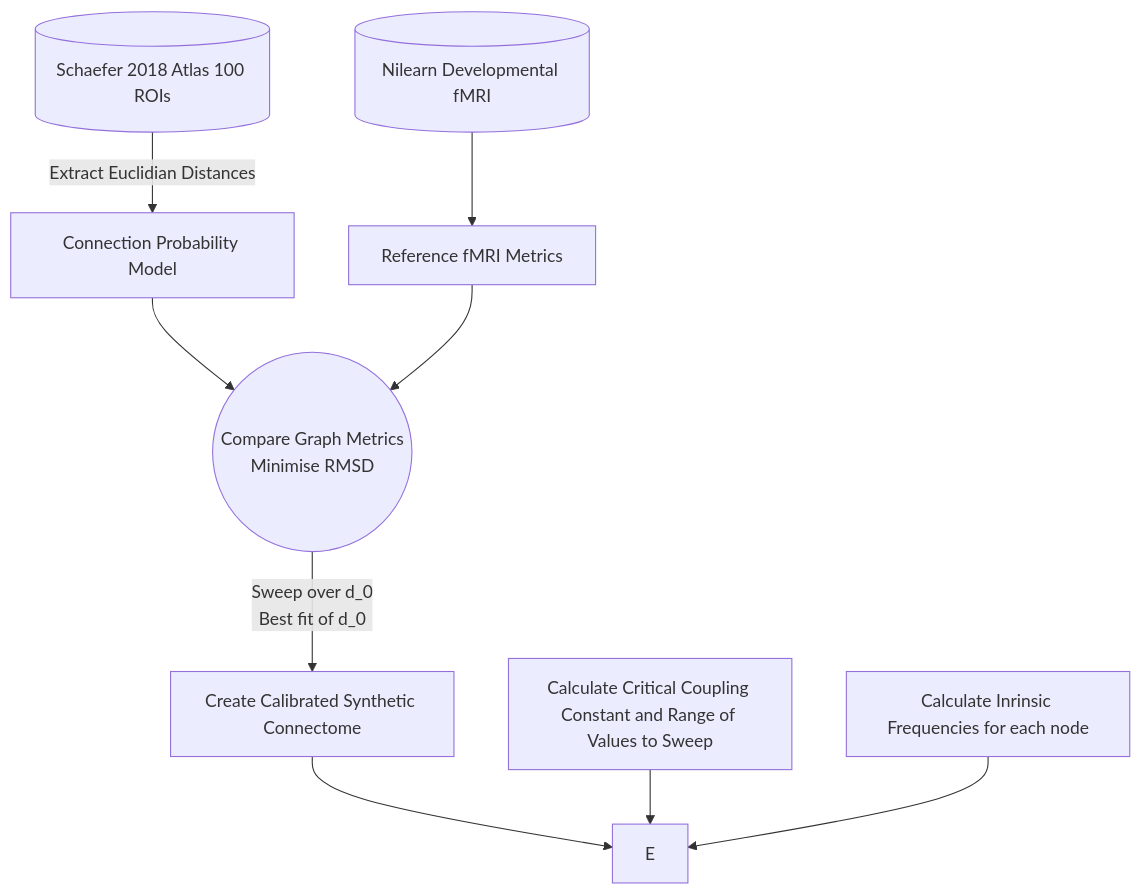
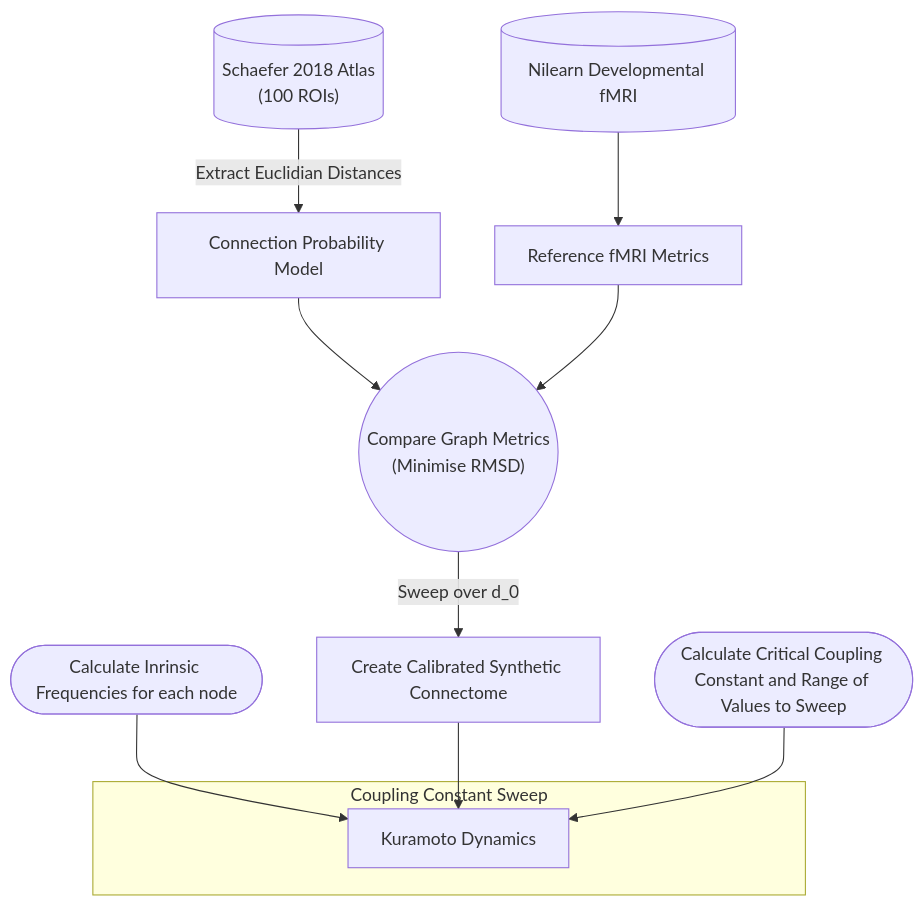
The diagram in README.md (R-eya/Kuramoto-Hebbian-Style-Pruning-of-Synthetic-Connectomes), drawn with Mermaid before and after one commit.

````diff
--- a/README.md
+++ b/README.md
@@ -7,12 +7,15 @@
 ```mermaid
 flowchart TD
-    Q[(Schaefer 2018 Atlas 100 ROIs)] -->|Extract Euclidian Distances| W[Connection Probability Model] -->C
+    Q[("Schaefer 2018 Atlas <br> (100 ROIs)")] -->|Extract Euclidian Distances| W[Connection Probability Model] -->C
 
-
-    A[(Nilearn Developmental fMRI)] -->B[Reference fMRI Metrics]--> C((Compare Graph Metrics <br> Minimise RMSD )) -->|Sweep over d_0 <br> Best fit of d_0| D[Create Calibrated Synthetic Connectome]
+    G([Calculate Inrinsic Frequencies for each node]) --> E[Kuramoto Dynamics]
+    A[(Nilearn Developmental fMRI)] -->B[Reference fMRI Metrics]--> C(("Compare Graph Metrics <br> (Minimise RMSD)" )) -->|Sweep over d_0 | D[Create Calibrated Synthetic Connectome]
     D --> E
 
-    F[Calculate Critical Coupling Constant and Range of Values to Sweep] --> E
+    F([Calculate Critical Coupling Constant and Range of Values to Sweep]) --> E
 
-    G[Calculate Inrinsic Frequencies for each node ] --> E
+   %% Grouping Kuramoto Dynamics and its internal subroutine
+    subgraph Kuramoto_Simulation ["Coupling Constant Sweep"]
+        E[Kuramoto Dynamics]
+    end
 ```
````
